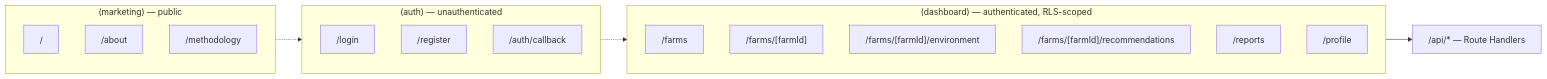
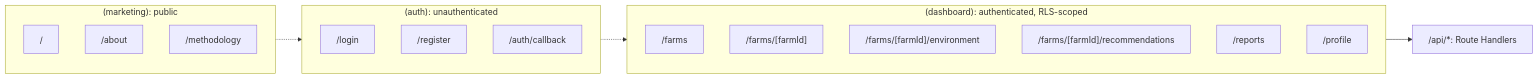
One commit to vip-ultr/dalashift changed the third of 15 diagrams in ARCHITECTURE.md. Above: the diagram before and after it, drawn with Mermaid. The commit also changed other lines of this file and 62 other files, not shown here.

````diff
--- a/ARCHITECTURE.md
+++ b/ARCHITECTURE.md
@@ -138,25 +138,25 @@
 ```mermaid
 flowchart LR
-    subgraph Public["(marketing) — public"]
+    subgraph Public["(marketing): public"]
         L["/"]
         About["/about"]
         Method["/methodology"]
     end
-    subgraph Auth["(auth) — unauthenticated"]
+    subgraph Auth["(auth): unauthenticated"]
         Login["/login"]
         Reg["/register"]
         CB["/auth/callback"]
     end
-    subgraph Dash["(dashboard) — authenticated, RLS-scoped"]
+    subgraph Dash["(dashboard): authenticated, RLS-scoped"]
         Farms["/farms"]
         Farm["/farms/[farmId]"]
         FarmEnv["/farms/[farmId]/environment"]
         FarmRec["/farms/[farmId]/recommendations"]
         Reports["/reports"]
         Profile["/profile"]
     end
-    API["/api/* — Route Handlers"]
+    API["/api/*: Route Handlers"]
 
     Public -.-> Auth -.-> Dash
     Dash --> API
 ```
````
